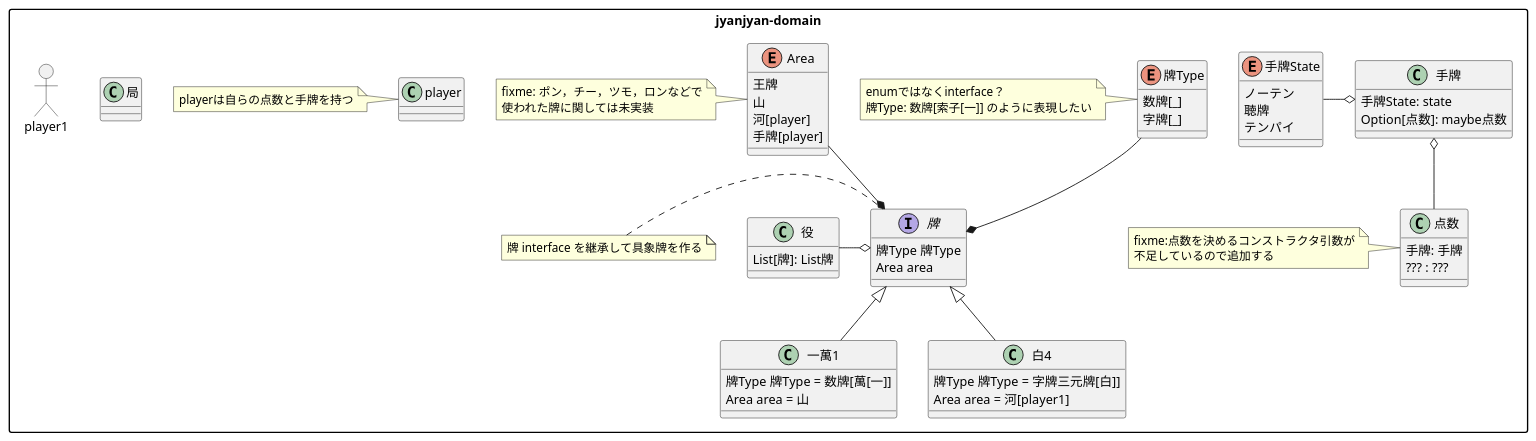
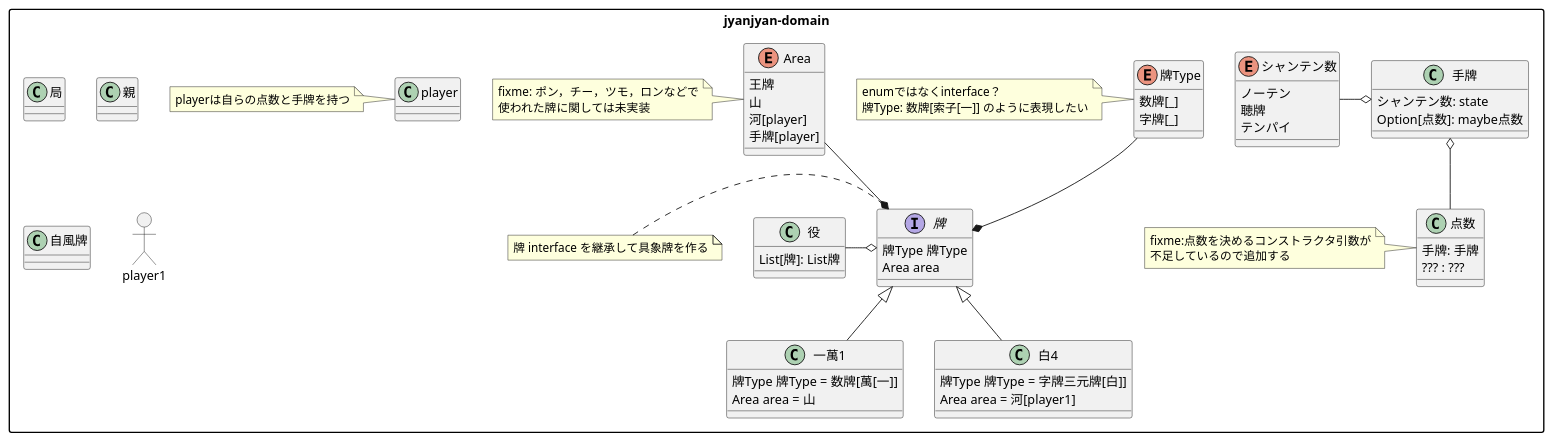
One commit to serviver-agent/jyanjyan-domain changed the diagram in src/domain.pu. Above: the diagram before and after it, drawn with PlantUML. The commit also changed 1 other file, not shown here.

```diff
--- a/src/domain.pu
+++ b/src/domain.pu
@@ -1,143 +1,148 @@
 @startuml
 /'https://github.com/little-hands/20190511-genba-ddd-hanson/blob/master/domainModel.puml '/
 
 skinparam {
    defaultFontName defaultFontName Noto Sans CJK JP Regular
  }
 
 skinparam packageStyle rectangle
 
 package jyanjyan-domain {
   interface 牌 {
     牌Type 牌Type
     Area area
   }
   note left of 牌
     牌 interface を継承して具象牌を作る
   end note
 
   class 役 {
     List[牌]: List牌
   }
   牌 o-l- 役
   class 局
   class 点数 {
     手牌: 手牌
     ??? : ???
   }
   手牌 o-- 点数
   note left of 点数
     fixme:点数を決めるコンストラクタ引数が
     不足しているので追加する
   end note
 
   class 手牌  {
-    手牌State: state
+    シャンテン数: state
     Option[点数]: maybe点数
   }
 
 
-  enum 手牌State {
+  enum シャンテン数 {
     ノーテン
     聴牌
     テンパイ
   }
-  手牌 o-l-手牌State
+  手牌 o-l-シャンテン数
 
 
   enum 牌Type {
    数牌[_]
    字牌[_]
   }
   牌 *-u- 牌Type
   note left of 牌Type
     enumではなくinterface？
     牌Type: 数牌[索子[一]] のように表現したい
   end note
 
   enum Area {
     王牌
     山
     河[player]
     手牌[player]
   }
   牌 *-u- Area
   note left of Area
     fixme: ポン，チー，ツモ，ロンなどで
     使われた牌に関しては未実装
   end note
   ' 代数型データを表現する方法がわからん，，
   ' 最初の親が来まるまではすべての牌のAreaは山となる
 
+  class 親
+  class 自風牌
+
   ' interface 数牌
   ' interface 字牌
 
   ' class 萬子
   ' class 索子
   ' class 筒子
 
   ' class 風牌
   ' class 三元牌
 
 
   class 一萬1 {
     牌Type 牌Type = 数牌[萬[一]]
     Area area = 山
   }
   牌 <|-- 一萬1
+
+
 
   ' class 二萬
   ' class 三萬
   ' class 四萬
   ' class 五萬
   ' class 六萬
   ' class 七萬
   ' class 八萬
   ' class 九萬
 
   ' class 一索
   ' class 二索
   ' class 三索
   ' class 四索
   ' class 五索
   ' class 六索
   ' class 七索
   ' class 八索
   ' class 九索
 
   ' class 一筒
   ' class 二筒
   ' class 三筒
   ' class 四筒
   ' class 五筒
   ' class 六筒
   ' class 七筒
   ' class 八筒
   ' class 九筒
 
 
 
   ' class 東
   ' class 南
   ' class 西
   ' class 北
 
   class 白4 {
     牌Type 牌Type = 字牌三元牌[白]]
     Area area = 河[player1]
   }
   牌 <|-- 白4
 
   ' class 發
   ' class 中
 
   class player
   note left of player
     playerは自らの点数と手牌を持つ
   end note
 
   mix_actor player1
 
 
 }
 @enduml
```
